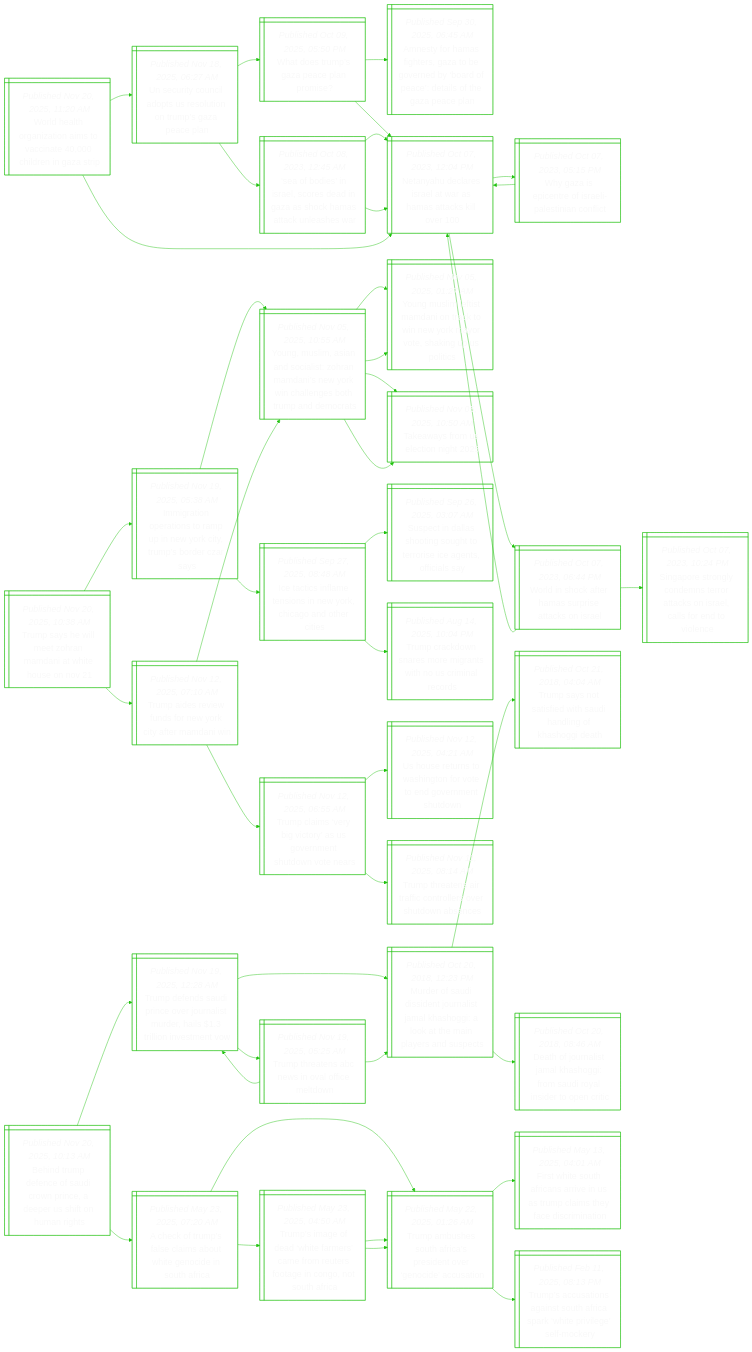
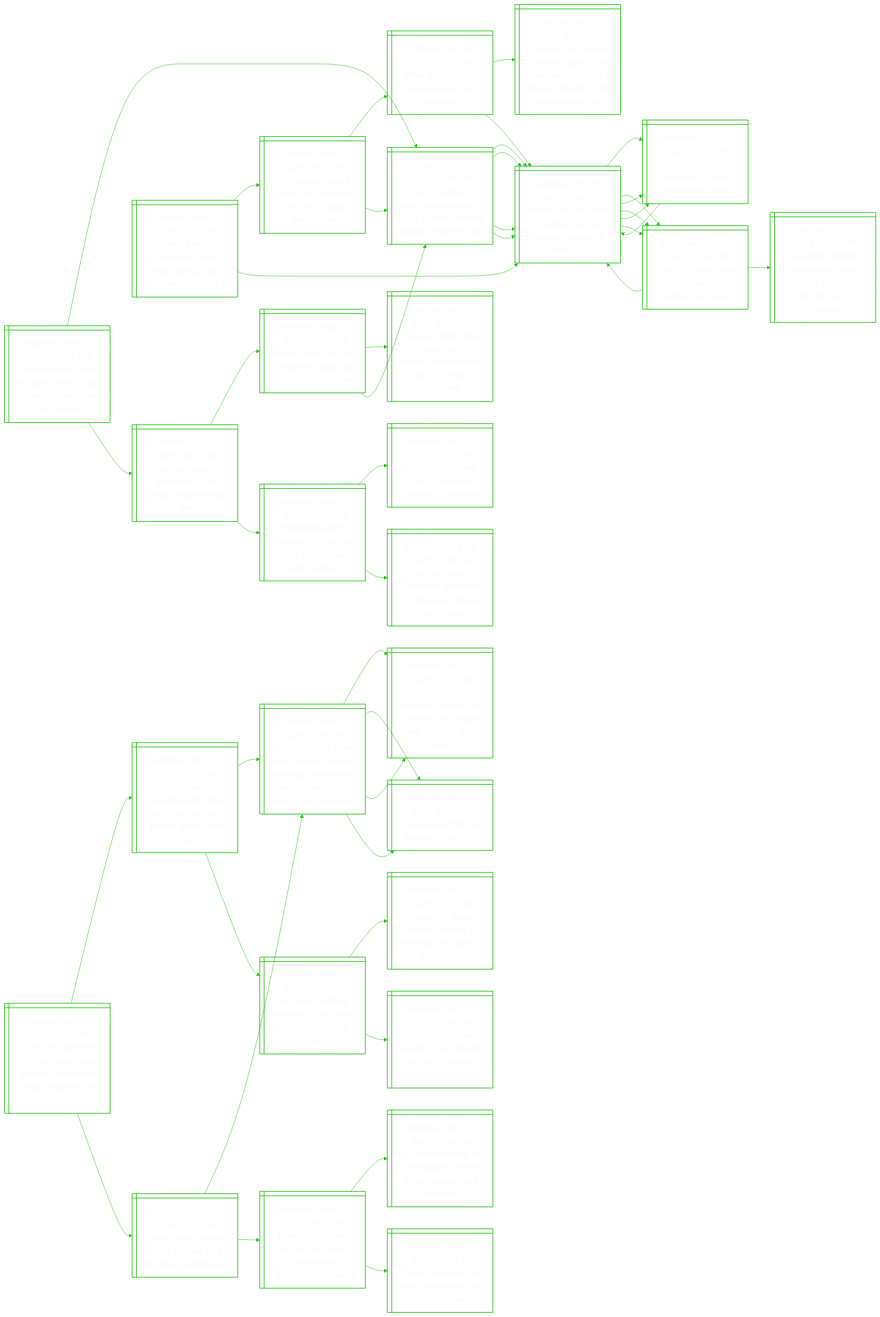
The diagram in README.md (notJmes/notJmes), drawn with Mermaid before and after one commit. The commit also changed other lines of this file, not shown here.

````diff
--- a/README.md
+++ b/README.md
@@ -15,6 +15,52 @@
 %%{init: {'theme':'base', 'themeVariables': {'primaryColor': "transparent", 'primaryTextColor': "#F9F9F9", 'lineColor': "#20C20E", 'primaryBorderColor':'#20C20E'}}}%%
 flowchart LR
 classDef txtsize font-size:20px;
+
+HRshsrfrites@{ shape: win-pane, label: "_Published Nov 20, 2025, 01:08 PM_
+Human rights watch accuses israel of war crimes in west bank expulsions" }
+Sbsrcdnacaale@{ shape: win-pane, label: "_Published Oct 08, 2023, 12:45 AM_
+‘sea of bodies’ in israel, scores dead in gaza as shock hamas attack unleashes war" }
+NyeeawHakl@{ shape: win-pane, label: "_Published Oct 07, 2023, 12:04 PM_
+Netanyahu declares israel at war as hamas attacks kill over 100" }
+WzptIleint@{ shape: win-pane, label: "_Published Oct 07, 2023, 05:15 PM_
+Why gaza is epicentre of israeli-palestinian conflict" }
+Wiceapaks@{ shape: win-pane, label: "_Published Oct 07, 2023, 06:44 PM_
+World in shock after hamas surprise attacks on israel" }
+NyeeawHakl@{ shape: win-pane, label: "_Published Oct 07, 2023, 12:04 PM_
+Netanyahu declares israel at war as hamas attacks kill over 100" }
+WzptIleint@{ shape: win-pane, label: "_Published Oct 07, 2023, 05:15 PM_
+Why gaza is epicentre of israeli-palestinian conflict" }
+Wiceapaks@{ shape: win-pane, label: "_Published Oct 07, 2023, 06:44 PM_
+World in shock after hamas surprise attacks on israel" }
+Useteaattl@{ shape: win-pane, label: "_Published Aug 15, 2025, 06:29 PM_
+Un says israeli settlement plan breaks international law" }
+Ilcestzyysm@{ shape: win-pane, label: "_Published Aug 14, 2025, 05:23 PM_
+Israeli forces step up assault on gaza city as egypt hosts hamas" }
+Guishinlsons@{ shape: win-pane, label: "_Published Aug 12, 2025, 10:13 PM_
+Gaza suffering has reached ‘unimaginable’ levels, say 24 foreign ministers" }
+Sbsrcdnacaale@{ shape: win-pane, label: "_Published Oct 08, 2023, 12:45 AM_
+‘sea of bodies’ in israel, scores dead in gaza as shock hamas attack unleashes war" }
+Hlaenhoitsno@{ shape: win-pane, label: "_Published Aug 15, 2025, 04:51 PM_
+Hezbollah warns lebanon ‘will have no life’ if govt moves against group" }
+IetesisrLo@{ shape: win-pane, label: "_Published Aug 13, 2025, 03:25 PM_
+Iran security chief vows continued support for lebanon" }
+UnHlieedetw@{ shape: win-pane, label: "_Published Aug 08, 2025, 12:36 AM_
+Us plan sees hezbollah disarmed by year-end, israeli withdrawal" }
+
+HRshsrfrites:::txtsize --> Sbsrcdnacaale:::txtsize
+Sbsrcdnacaale:::txtsize --> NyeeawHakl:::txtsize
+NyeeawHakl:::txtsize --> WzptIleint:::txtsize
+NyeeawHakl:::txtsize --> Wiceapaks:::txtsize
+Sbsrcdnacaale:::txtsize --> NyeeawHakl:::txtsize
+NyeeawHakl:::txtsize --> WzptIleint:::txtsize
+NyeeawHakl:::txtsize --> Wiceapaks:::txtsize
+HRshsrfrites:::txtsize --> Useteaattl:::txtsize
+Useteaattl:::txtsize --> Ilcestzyysm:::txtsize
+Ilcestzyysm:::txtsize --> Guishinlsons:::txtsize
+Ilcestzyysm:::txtsize --> Sbsrcdnacaale:::txtsize
+Useteaattl:::txtsize --> Hlaenhoitsno:::txtsize
+Hlaenhoitsno:::txtsize --> IetesisrLo:::txtsize
+Hlaenhoitsno:::txtsize --> UnHlieedetw:::txtsize
 
 WHhnimaainzi@{ shape: win-pane, label: "_Published Nov 20, 2025, 11:20 AM_
 World health organization aims to vaccinate 40,000 children in gaza strip" }
@@ -59,8 +105,8 @@
 Wiceapaks:::txtsize --> NyeeawHakl:::txtsize
 Wiceapaks:::txtsize --> SptldtrcIlsnic:::txtsize
 
-TsemoMnhon@{ shape: win-pane, label: "_Published Nov 20, 2025, 10:38 AM_
-Trump says he will meet zohran mamdani at white house on nov 21" }
+Tttotocrmatso@{ shape: win-pane, label: "_Published Nov 20, 2025, 10:38 AM_
+Trump to meet new york city mayor-elect zohran mamdani at white house on nov 21" }
 Irnasmnotmrzy@{ shape: win-pane, label: "_Published Nov 19, 2025, 05:38 AM_
 Immigration operations to ramp up in new york city, trump’s border czar says" }
 YMmnoihaiYilehpea@{ shape: win-pane, label: "_Published Nov 05, 2025, 10:55 AM_
@@ -90,14 +136,14 @@
 Tttifolohwe@{ shape: win-pane, label: "_Published Nov 11, 2025, 08:14 AM_
 Trump threatens air traffic controllers over shutdown absences" }
 
-TsemoMnhon:::txtsize --> Irnasmnotmrzy:::txtsize
+Tttotocrmatso:::txtsize --> Irnasmnotmrzy:::txtsize
 Irnasmnotmrzy:::txtsize --> YMmnoihaiYilehpea:::txtsize
 YMmnoihaiYilehpea:::txtsize --> YMmimociYaoauoc:::txtsize
 YMmnoihaiYilehpea:::txtsize --> Twreig:::txtsize
 Irnasmnotmrzy:::txtsize --> IcimsiYhoti:::txtsize
 IcimsiYhoti:::txtsize --> ScasiuooIefay:::txtsize
 IcimsiYhoti:::txtsize --> Tcdnmithcnc:::txtsize
-TsemoMnhon:::txtsize --> TarwsekaMn:::txtsize
+Tttotocrmatso:::txtsize --> TarwsekaMn:::txtsize
 TarwsekaMn:::txtsize --> YMmnoihaiYilehpea:::txtsize
 YMmnoihaiYilehpea:::txtsize --> YMmimociYaoauoc:::txtsize
 YMmnoihaiYilehpea:::txtsize --> Twreig:::txtsize
@@ -105,50 +151,4 @@
 Tcsbcaomhwes:::txtsize --> Usuoinoeveun:::txtsize
 Tcsbcaomhwes:::txtsize --> Tttifolohwe:::txtsize
 
-BdpnScpepsoah@{ shape: win-pane, label: "_Published Nov 20, 2025, 10:13 AM_
-Behind trump defence of saudi crown prince, a deeper us shift on human rights" }
-Tdddnersdiinst@{ shape: win-pane, label: "_Published Nov 19, 2025, 12:28 AM_
-Trump defends saudi prince over journalist murder, hails $1.3 trillion investment vow" }
-Mrusnrsasikeprsc@{ shape: win-pane, label: "_Published Oct 20, 2018, 12:23 PM_
-Murder of saudi dissident journalist jamal khashoggi: a look at the main players and suspects" }
-TsoidShiKoe@{ shape: win-pane, label: "_Published Oct 21, 2018, 04:04 AM_
-Trump says not satisfied with saudi handling of khashoggi death" }
-DorsasiSriepi@{ shape: win-pane, label: "_Published Oct 20, 2018, 08:46 AM_
-Death of journalist jamal khashoggi: from saudi royal insider to open critic" }
-TttBsailn@{ shape: win-pane, label: "_Published Nov 19, 2025, 05:25 AM_
-Trump threatens abc news in oval office meltdown" }
-Mrusnrsasikeprsc@{ shape: win-pane, label: "_Published Oct 20, 2018, 12:23 PM_
-Murder of saudi dissident journalist jamal khashoggi: a look at the main players and suspects" }
-Tdddnersdiinst@{ shape: win-pane, label: "_Published Nov 19, 2025, 12:28 AM_
-Trump defends saudi prince over journalist murder, hails $1.3 trillion investment vow" }
-AkualawgiSAa@{ shape: win-pane, label: "_Published May 23, 2025, 07:20 AM_
-A check of trump’s false claims about white genocide in south africa" }
-Tahurpdvnesn@{ shape: win-pane, label: "_Published May 22, 2025, 01:26 AM_
-Trump ambushes south africa’s president over ‘genocide’ accusation" }
-FwSAarnTcsfimi@{ shape: win-pane, label: "_Published May 13, 2025, 04:01 AM_
-First white south africans arrive in us as trump claims they face discrimination" }
-Tssniofswplec@{ shape: win-pane, label: "_Published Feb 11, 2025, 08:13 PM_
-Trump’s accusations against south africa spark ‘white privilege’ self-mockery" }
-Tseatmaotoenthc@{ shape: win-pane, label: "_Published May 23, 2025, 04:50 AM_
-Trump’s image of dead ‘white farmers’ came from reuters footage in congo, not south africa" }
-Tahurpdvnesn@{ shape: win-pane, label: "_Published May 22, 2025, 01:26 AM_
-Trump ambushes south africa’s president over ‘genocide’ accusation" }
-Tahurpdvnesn@{ shape: win-pane, label: "_Published May 22, 2025, 01:26 AM_
-Trump ambushes south africa’s president over ‘genocide’ accusation" }
-
-BdpnScpepsoah:::txtsize --> Tdddnersdiinst:::txtsize
-Tdddnersdiinst:::txtsize --> Mrusnrsasikeprsc:::txtsize
-Mrusnrsasikeprsc:::txtsize --> TsoidShiKoe:::txtsize
-Mrusnrsasikeprsc:::txtsize --> DorsasiSriepi:::txtsize
-Tdddnersdiinst:::txtsize --> TttBsailn:::txtsize
-TttBsailn:::txtsize --> Mrusnrsasikeprsc:::txtsize
-TttBsailn:::txtsize --> Tdddnersdiinst:::txtsize
-BdpnScpepsoah:::txtsize --> AkualawgiSAa:::txtsize
-AkualawgiSAa:::txtsize --> Tahurpdvnesn:::txtsize
-Tahurpdvnesn:::txtsize --> FwSAarnTcsfimi:::txtsize
-Tahurpdvnesn:::txtsize --> Tssniofswplec:::txtsize
-AkualawgiSAa:::txtsize --> Tseatmaotoenthc:::txtsize
-Tseatmaotoenthc:::txtsize --> Tahurpdvnesn:::txtsize
-Tseatmaotoenthc:::txtsize --> Tahurpdvnesn:::txtsize
-
 ```
````
